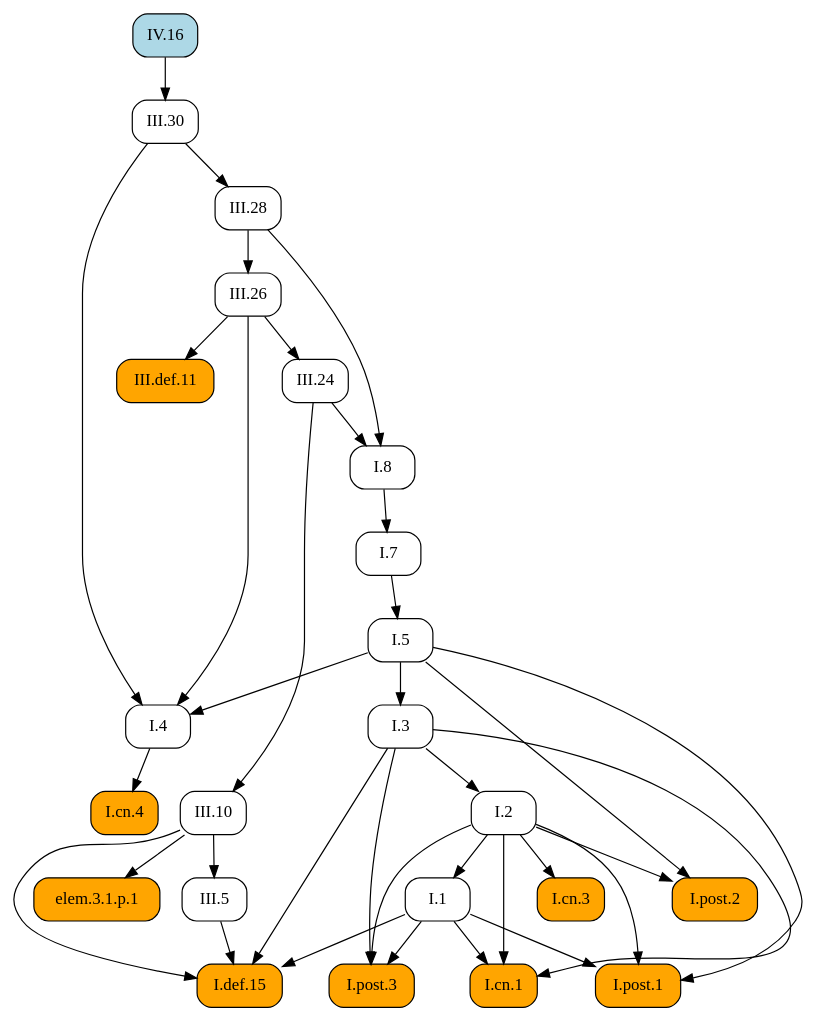
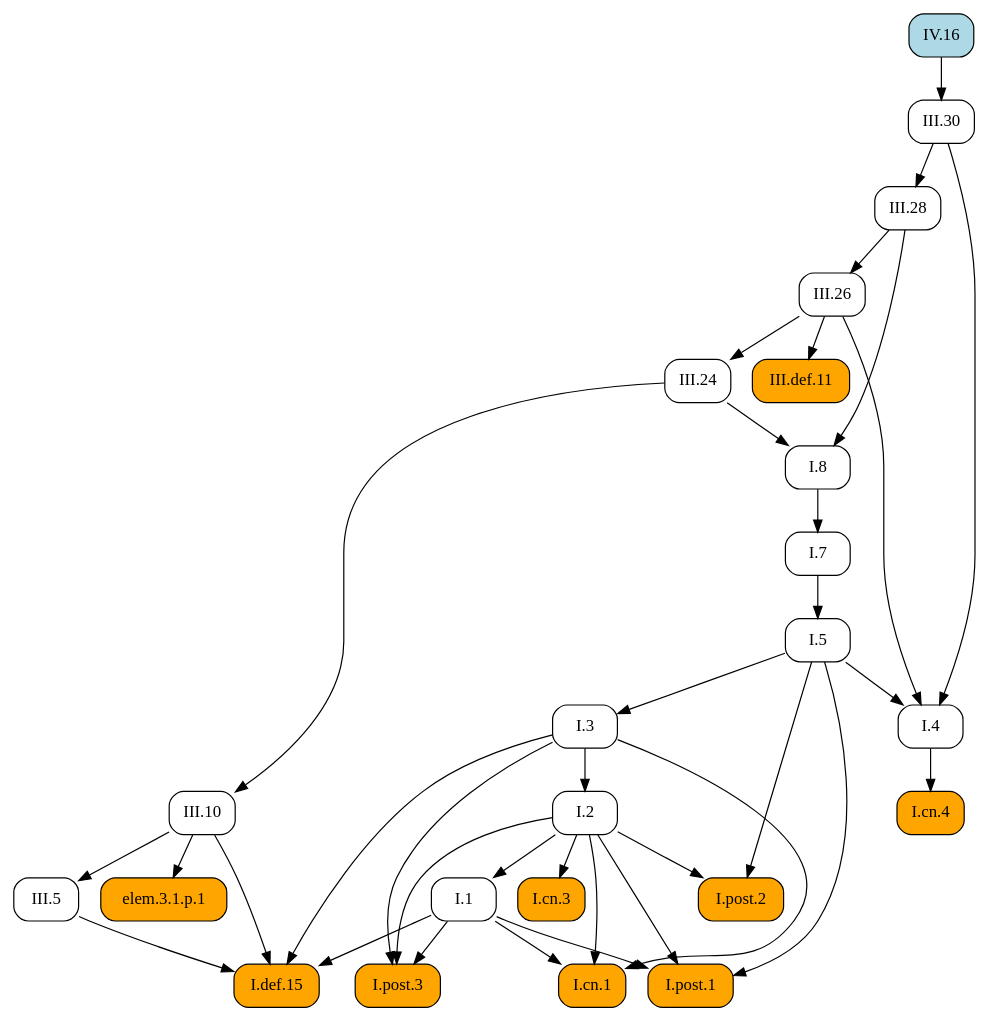
One commit to geometor/elements changed the diagram in docsrc/elements2/IV/16/index.rst. Above: the diagram before and after it, drawn with Graphviz. The commit also changed other lines of this file and 171 other files, not shown here.

```diff
--- a/docsrc/elements2/IV/16/index.rst
+++ b/docsrc/elements2/IV/16/index.rst
@@ -44,64 +44,64 @@
 .. graphviz::
 
    digraph {
      rankdir="TB";
      node [shape=box, style=rounded];
-     "III.24" [URL="/elements2/III/24/", target="_top"];
+     "I.8" [URL="/elements2/I/8/", target="_top"];
+     "III.28" [URL="/elements2/III/28/", target="_top"];
+     "I.1" [URL="/elements2/I/1/", target="_top"];
+     "I.cn.4" [style="rounded,filled", fillcolor=orange, URL="/elements2/I/cn.4/", target="_top"];
+     "I.cn.3" [style="rounded,filled", fillcolor=orange, URL="/elements2/I/cn.3/", target="_top"];
+     "III.5" [URL="/elements2/III/5/", target="_top"];
+     "I.7" [URL="/elements2/I/7/", target="_top"];
+     "III.26" [URL="/elements2/III/26/", target="_top"];
+     "I.post.1" [style="rounded,filled", fillcolor=orange, URL="/elements2/I/post.1/", target="_top"];
+     "elem.3.1.p.1" [style="rounded,filled", fillcolor=orange];
+     "I.5" [URL="/elements2/I/5/", target="_top"];
+     "I.cn.1" [style="rounded,filled", fillcolor=orange, URL="/elements2/I/cn.1/", target="_top"];
+     "I.2" [URL="/elements2/I/2/", target="_top"];
+     "I.def.15" [style="rounded,filled", fillcolor=orange, URL="/elements2/I/def.15/", target="_top"];
+     "I.4" [URL="/elements2/I/4/", target="_top"];
+     "IV.16" [style="rounded,filled", fillcolor=lightblue, URL="/elements2/IV/16/", target="_top"];
      "III.30" [URL="/elements2/III/30/", target="_top"];
      "III.def.11" [style="rounded,filled", fillcolor=orange, URL="/elements2/III/def.11/", target="_top"];
-     "I.8" [URL="/elements2/I/8/", target="_top"];
-     "I.2" [URL="/elements2/I/2/", target="_top"];
-     "III.28" [URL="/elements2/III/28/", target="_top"];
-     "I.cn.4" [style="rounded,filled", fillcolor=orange, URL="/elements2/I/cn.4/", target="_top"];
-     "I.def.15" [style="rounded,filled", fillcolor=orange, URL="/elements2/I/def.15/", target="_top"];
+     "III.24" [URL="/elements2/III/24/", target="_top"];
+     "III.10" [URL="/elements2/III/10/", target="_top"];
+     "I.3" [URL="/elements2/I/3/", target="_top"];
+     "I.post.2" [style="rounded,filled", fillcolor=orange, URL="/elements2/I/post.2/", target="_top"];
      "I.post.3" [style="rounded,filled", fillcolor=orange, URL="/elements2/I/post.3/", target="_top"];
-     "III.10" [URL="/elements2/III/10/", target="_top"];
-     "IV.16" [style="rounded,filled", fillcolor=lightblue, URL="/elements2/IV/16/", target="_top"];
-     "I.1" [URL="/elements2/I/1/", target="_top"];
-     "I.post.2" [style="rounded,filled", fillcolor=orange, URL="/elements2/I/post.2/", target="_top"];
-     "elem.3.1.p.1" [style="rounded,filled", fillcolor=orange];
-     "III.5" [URL="/elements2/III/5/", target="_top"];
-     "I.post.1" [style="rounded,filled", fillcolor=orange, URL="/elements2/I/post.1/", target="_top"];
-     "I.7" [URL="/elements2/I/7/", target="_top"];
-     "III.26" [URL="/elements2/III/26/", target="_top"];
-     "I.cn.1" [style="rounded,filled", fillcolor=orange, URL="/elements2/I/cn.1/", target="_top"];
-     "I.3" [URL="/elements2/I/3/", target="_top"];
-     "I.cn.3" [style="rounded,filled", fillcolor=orange, URL="/elements2/I/cn.3/", target="_top"];
-     "I.5" [URL="/elements2/I/5/", target="_top"];
-     "I.4" [URL="/elements2/I/4/", target="_top"];
-     "III.26" -> "III.24";
-     "IV.16" -> "III.30";
-     "III.26" -> "III.def.11";
      "III.24" -> "I.8";
      "III.28" -> "I.8";
+     "III.30" -> "III.28";
+     "I.2" -> "I.1";
+     "I.4" -> "I.cn.4";
+     "I.2" -> "I.cn.3";
+     "III.10" -> "III.5";
+     "I.8" -> "I.7";
+     "III.28" -> "III.26";
+     "I.1" -> "I.post.1";
+     "I.2" -> "I.post.1";
+     "I.5" -> "I.post.1";
+     "III.10" -> "elem.3.1.p.1";
+     "I.7" -> "I.5";
+     "I.1" -> "I.cn.1";
+     "I.2" -> "I.cn.1";
+     "I.3" -> "I.cn.1";
      "I.3" -> "I.2";
-     "III.30" -> "III.28";
-     "I.4" -> "I.cn.4";
      "I.1" -> "I.def.15";
      "I.3" -> "I.def.15";
      "III.5" -> "I.def.15";
      "III.10" -> "I.def.15";
+     "I.5" -> "I.4";
+     "III.26" -> "I.4";
+     "III.30" -> "I.4";
+     "IV.16" -> "III.30";
+     "III.26" -> "III.def.11";
+     "III.26" -> "III.24";
+     "III.24" -> "III.10";
+     "I.5" -> "I.3";
+     "I.2" -> "I.post.2";
+     "I.5" -> "I.post.2";
      "I.1" -> "I.post.3";
      "I.2" -> "I.post.3";
      "I.3" -> "I.post.3";
-     "III.24" -> "III.10";
-     "I.2" -> "I.1";
-     "I.2" -> "I.post.2";
-     "I.5" -> "I.post.2";
-     "III.10" -> "elem.3.1.p.1";
-     "III.10" -> "III.5";
-     "I.1" -> "I.post.1";
-     "I.2" -> "I.post.1";
-     "I.5" -> "I.post.1";
-     "I.8" -> "I.7";
-     "III.28" -> "III.26";
-     "I.1" -> "I.cn.1";
-     "I.2" -> "I.cn.1";
-     "I.3" -> "I.cn.1";
-     "I.5" -> "I.3";
-     "I.2" -> "I.cn.3";
-     "I.7" -> "I.5";
-     "I.5" -> "I.4";
-     "III.26" -> "I.4";
-     "III.30" -> "I.4";
    }
```
